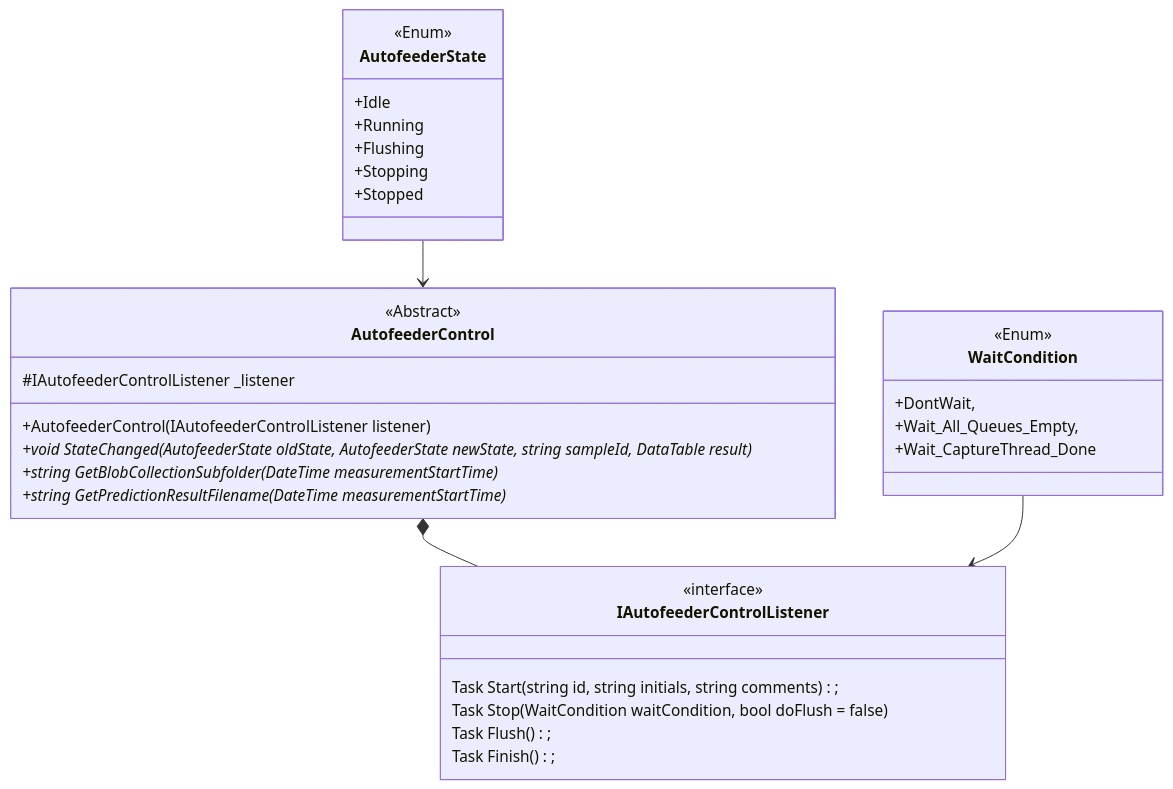
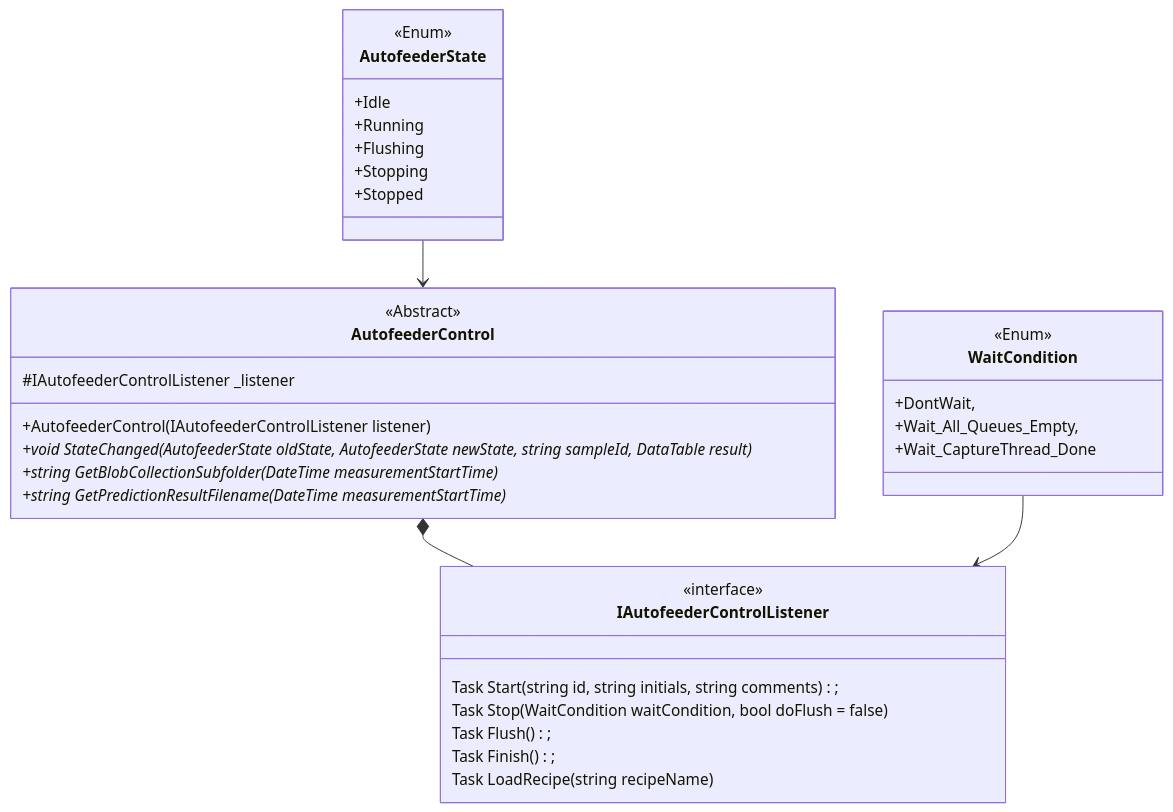
The second of 2 diagrams in README.md (Videometer/VM.Lab.Interfaces.BlobAnalyzer), drawn with Mermaid before and after one commit. The commit also changed other lines of this file, not shown here.

Commit message:
Updated readme with details about Loading recipe

````diff
--- a/README.md
+++ b/README.md
@@ -51,38 +49,39 @@
 ```mermaid
 classDiagram
     
 class IAutofeederControlListener {
     <<interface>>
     Task Start(string id, string initials, string comments);
     Task Stop(WaitCondition waitCondition, bool doFlush = false)
     Task Flush();
     Task Finish();
+    Task LoadRecipe(string recipeName)
 }
 
 class AutofeederControl {
     <<Abstract>>
 	#IAutofeederControlListener _listener
     +AutofeederControl(IAutofeederControlListener listener)
     +void StateChanged(AutofeederState oldState, AutofeederState newState, string sampleId, DataTable result)*
     +string GetBlobCollectionSubfolder(DateTime measurementStartTime)*
     +string GetPredictionResultFilename(DateTime measurementStartTime)*
 }
 AutofeederControl *-- IAutofeederControlListener
 AutofeederState --> AutofeederControl
 class AutofeederState {
     <<Enum>>
     +Idle
     +Running
     +Flushing
     +Stopping
     +Stopped
 }
 
 WaitCondition --> IAutofeederControlListener
 class WaitCondition {
     <<Enum>>
 	+DontWait,
     +Wait_All_Queues_Empty,
     +Wait_CaptureThread_Done
 }
 ```
````
